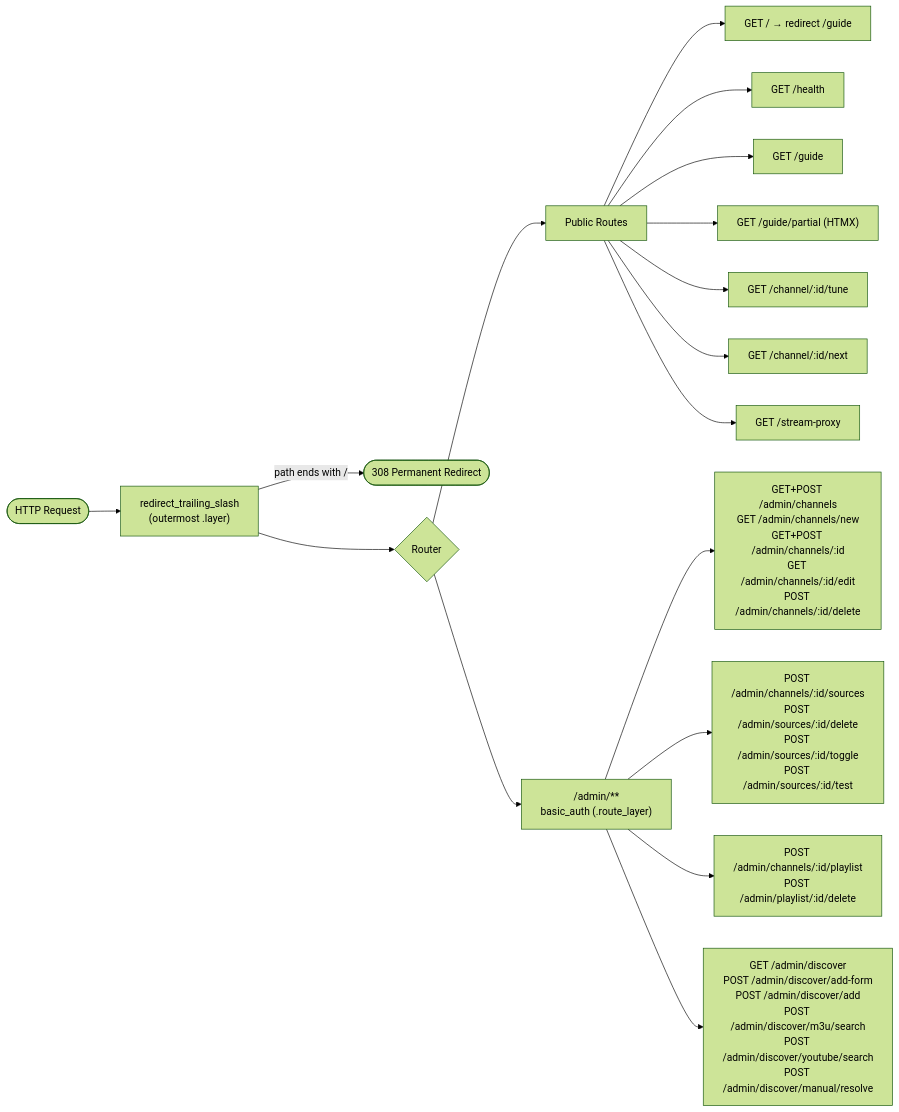
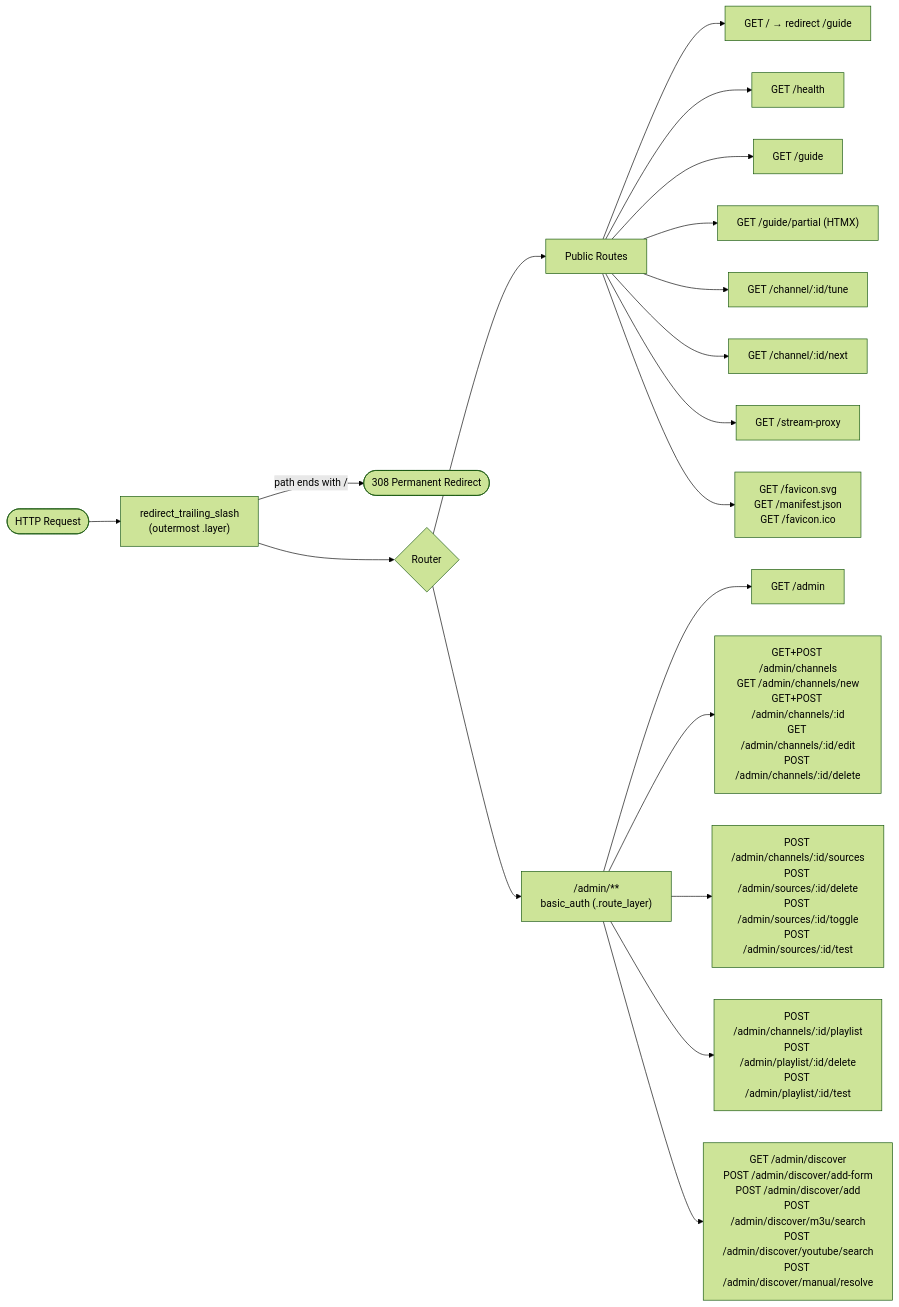
The diagram in docs/architecture/request-route-map.md (Wkkkkk/MyTV), drawn with Mermaid (forest theme) before and after one commit. The commit also changed 2 other files, not shown here.

Commit message:
docs: update architecture docs to reflect health checker and route changes
- health-checker: updated start() signature to HealthClients, added CORS
  probe steps to flowchart, added notes on probe_source vs check_source
- request-route-map: added GET /admin, POST /admin/playlist/:id/test,
  and the three static file routes (favicon.svg, manifest.json, favicon.ico)

````diff
--- a/docs/architecture/request-route-map.md
+++ b/docs/architecture/request-route-map.md
@@ -5,22 +5,24 @@
 ```mermaid
 flowchart LR
     req([HTTP Request]) --> rts["redirect_trailing_slash\n(outermost .layer)"]
     rts -->|"path ends with /"| red(["308 Permanent Redirect"])
     rts --> router{Router}
 
     router --> pub[Public Routes]
     router --> adm["/admin/**\nbasic_auth (.route_layer)"]
 
     pub --> r1["GET /  →  redirect /guide"]
     pub --> r2["GET /health"]
     pub --> r3["GET /guide"]
     pub --> r4["GET /guide/partial  (HTMX)"]
     pub --> r5["GET /channel/:id/tune"]
     pub --> r6["GET /channel/:id/next"]
     pub --> r7["GET /stream-proxy"]
+    pub --> r8["GET /favicon.svg\nGET /manifest.json\nGET /favicon.ico"]
 
+    adm --> a0["GET /admin"]
     adm --> a1["GET+POST /admin/channels\nGET /admin/channels/new\nGET+POST /admin/channels/:id\nGET /admin/channels/:id/edit\nPOST /admin/channels/:id/delete"]
     adm --> a2["POST /admin/channels/:id/sources\nPOST /admin/sources/:id/delete\nPOST /admin/sources/:id/toggle\nPOST /admin/sources/:id/test"]
-    adm --> a3["POST /admin/channels/:id/playlist\nPOST /admin/playlist/:id/delete"]
+    adm --> a3["POST /admin/channels/:id/playlist\nPOST /admin/playlist/:id/delete\nPOST /admin/playlist/:id/test"]
     adm --> a4["GET /admin/discover\nPOST /admin/discover/add-form\nPOST /admin/discover/add\nPOST /admin/discover/m3u/search\nPOST /admin/discover/youtube/search\nPOST /admin/discover/manual/resolve"]
 ```
````
